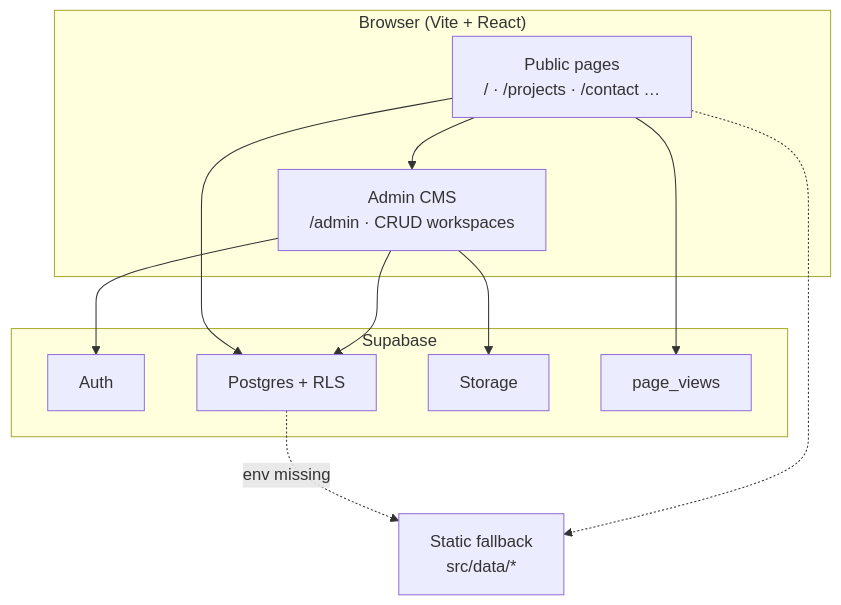
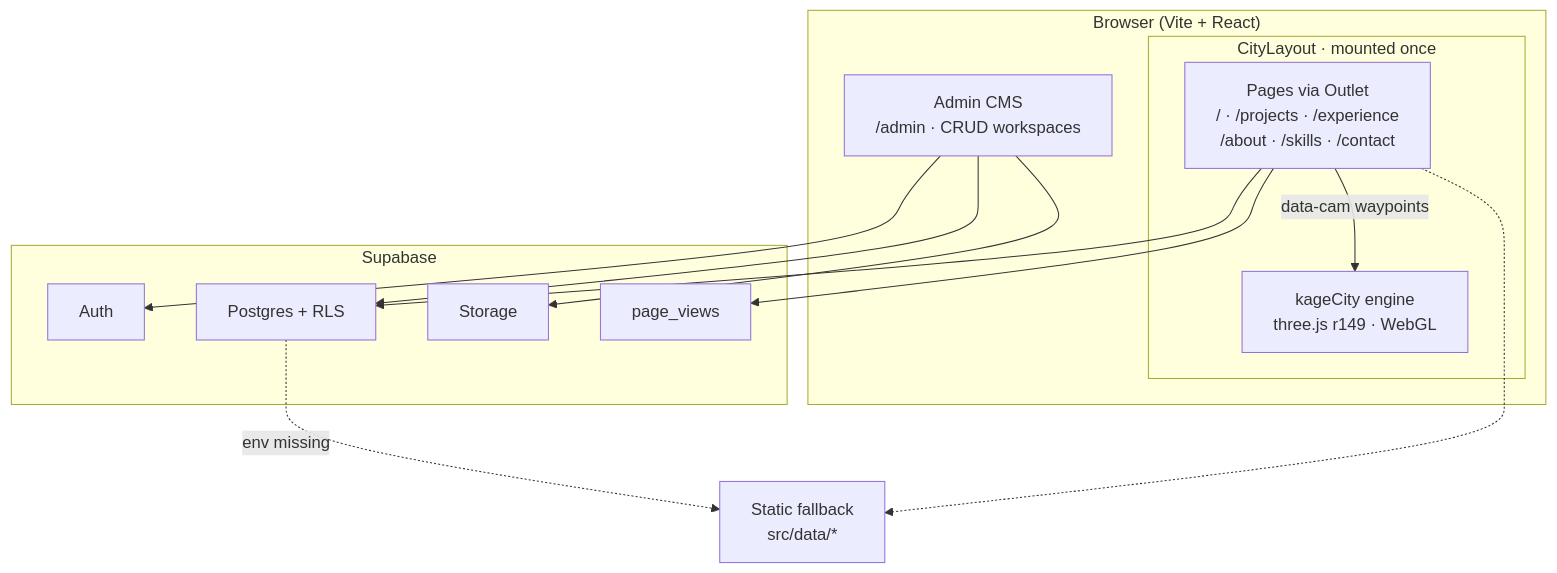
One commit to dhruvht612/My_Portfolio changed the diagram in README.md. Above: the diagram before and after it, drawn with Mermaid. The commit also changed other lines of this file and 5 other files, not shown here.

````diff
--- a/README.md
+++ b/README.md
@@ -179,25 +225,28 @@
 ```mermaid
 flowchart TB
   subgraph Client["Browser (Vite + React)"]
-    Public["Public pages\n/ · /projects · /contact …"]
+    subgraph City["CityLayout · mounted once"]
+      Engine["kageCity engine\nthree.js r149 · WebGL"]
+      Pages["Pages via Outlet\n/ · /projects · /experience\n/about · /skills · /contact"]
+    end
     Admin["Admin CMS\n/admin · CRUD workspaces"]
   end
 
   subgraph Supabase["Supabase"]
     Auth["Auth"]
     DB["Postgres + RLS"]
     Storage["Storage"]
     Analytics["page_views"]
   end
 
   Fallback["Static fallback\nsrc/data/*"]
 
-  Public --> Admin
-  Public --> DB
+  Pages -->|data-cam waypoints| Engine
+  Pages --> DB
+  Pages --> Analytics
   Admin --> Auth
   Admin --> DB
   Admin --> Storage
-  Public --> Analytics
   DB -.->|env missing| Fallback
-  Public -.-> Fallback
+  Pages -.-> Fallback
 ```
````
